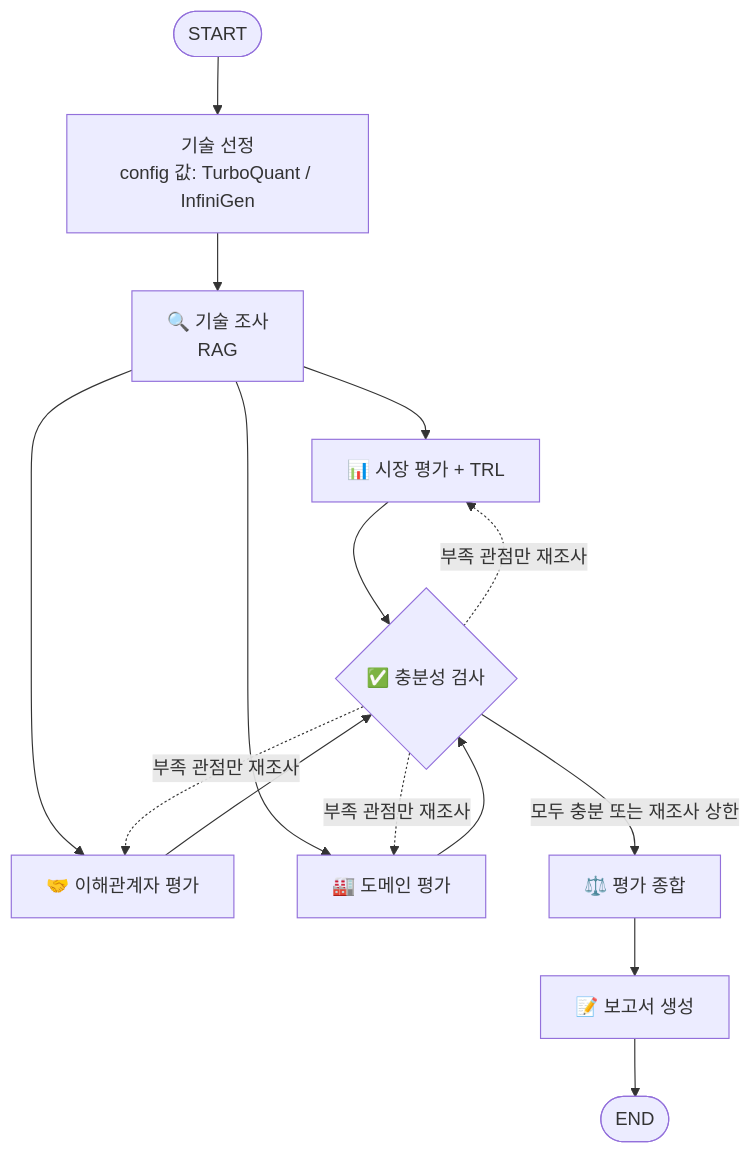
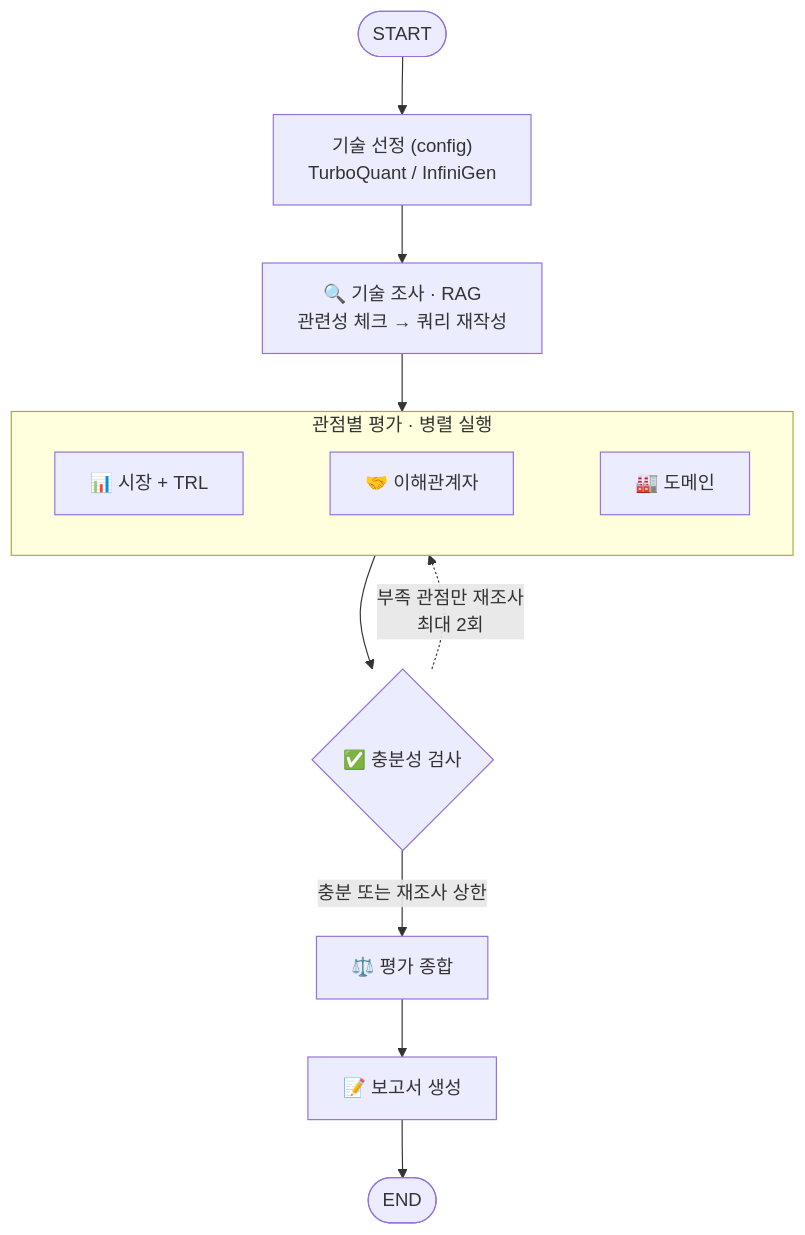
The diagram in README.md (oojoyhh/skala-KV-cache), drawn with Mermaid before and after one commit.

Commit message:
README: Architecture 그래프 정리 (병렬 평가를 한 단계로 묶고 재조사 루프를 한 줄로)

````diff
--- a/README.md
+++ b/README.md
@@ -60,17 +60,14 @@
 ```mermaid
-graph TD
-    START([START]) --> select[기술 선정<br>config 값: TurboQuant / InfiniGen]
-    select --> research[🔍 기술 조사<br>RAG]
-    research --> market[📊 시장 평가 + TRL]
-    research --> stakeholder[🤝 이해관계자 평가]
-    research --> domain[🏭 도메인 평가]
-    market --> check{✅ 충분성 검사}
-    stakeholder --> check
-    domain --> check
-    check -. 부족 관점만 재조사 .-> market
-    check -. 부족 관점만 재조사 .-> stakeholder
-    check -. 부족 관점만 재조사 .-> domain
-    check -- 모두 충분 또는 재조사 상한 --> synthesis[⚖️ 평가 종합]
-    synthesis --> report[📝 보고서 생성]
-    report --> END([END])
+flowchart TD
+    A([START]) --> B["기술 선정 (config)<br>TurboQuant / InfiniGen"]
+    B --> C["🔍 기술 조사 · RAG<br>관련성 체크 → 쿼리 재작성"]
+    C --> EVAL
+    subgraph EVAL["관점별 평가 · 병렬 실행"]
+        direction LR
+        M["📊 시장 + TRL"] ~~~ S["🤝 이해관계자"] ~~~ D["🏭 도메인"]
+    end
+    EVAL --> K{"✅ 충분성 검사"}
+    K -. "부족 관점만 재조사<br>최대 2회" .-> EVAL
+    K -- "충분 또는 재조사 상한" --> Y["⚖️ 평가 종합"]
+    Y --> R["📝 보고서 생성"] --> Z([END])
 ```
````
